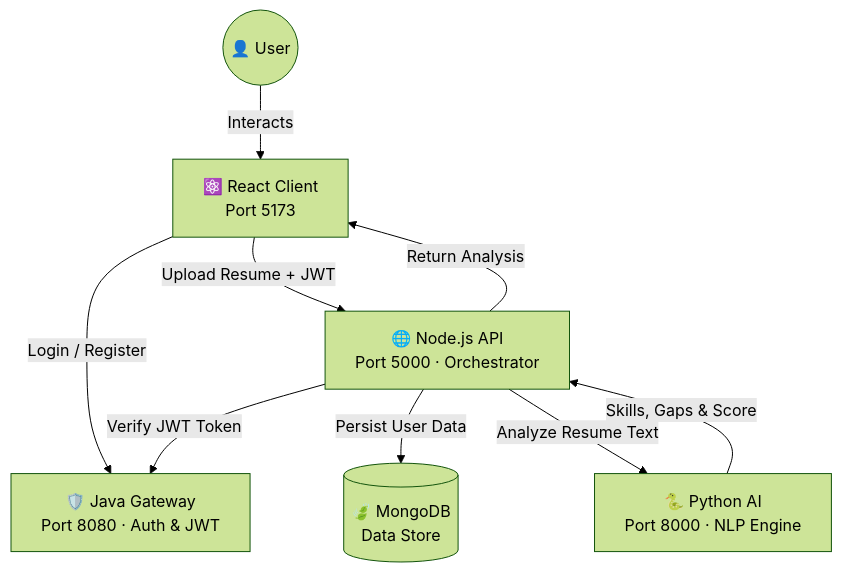
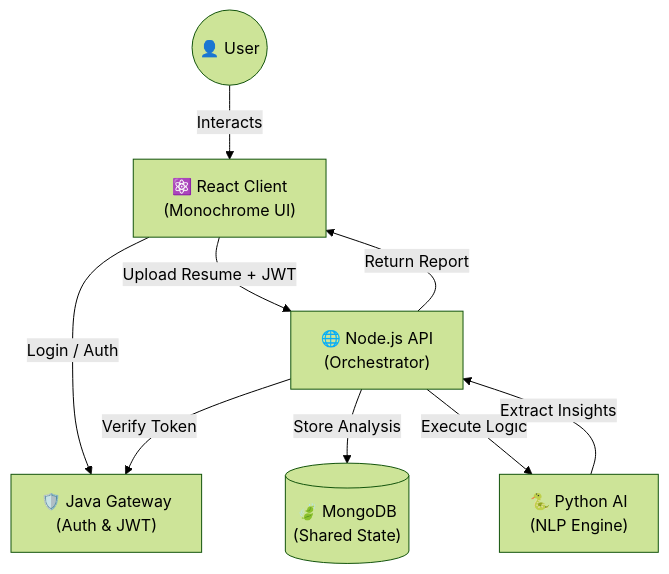
The diagram in README.md (kirtan597/Futrix-Ai), drawn with Mermaid (forest theme) before and after one commit. The commit also changed other lines of this file and 41 other files, not shown here.

Commit message:
feat: overhaul to monochrome SaaS aesthetic, 12-screen dashboard, and enhanced AI insights

````diff
--- a/README.md
+++ b/README.md
@@ -68,18 +53,18 @@
 ```mermaid
 graph TD
     User((👤 User))
-    Client["⚛️ React Client\nPort 5173"]
-    Gateway["🛡️ Java Gateway\nPort 8080 · Auth & JWT"]
-    NodeAPI["🌐 Node.js API\nPort 5000 · Orchestrator"]
-    PythonAI["🐍 Python AI\nPort 8000 · NLP Engine"]
-    DB[("🍃 MongoDB\nData Store")]
+    Client["⚛️ React Client\n(Monochrome UI)"]
+    Gateway["🛡️ Java Gateway\n(Auth & JWT)"]
+    NodeAPI["🌐 Node.js API\n(Orchestrator)"]
+    PythonAI["🐍 Python AI\n(NLP Engine)"]
+    DB[("🍃 MongoDB\n(Shared State)")]
 
     User -->|Interacts| Client
-    Client -->|Login / Register| Gateway
+    Client -->|Login / Auth| Gateway
     Client -->|Upload Resume + JWT| NodeAPI
-    NodeAPI -->|Verify JWT Token| Gateway
-    NodeAPI -->|Persist User Data| DB
-    NodeAPI -->|Analyze Resume Text| PythonAI
-    PythonAI -->|Skills, Gaps & Score| NodeAPI
-    NodeAPI -->|Return Analysis| Client
+    NodeAPI -->|Verify Token| Gateway
+    NodeAPI -->|Store Analysis| DB
+    NodeAPI -->|Execute Logic| PythonAI
+    PythonAI -->|Extract Insights| NodeAPI
+    NodeAPI -->|Return Report| Client
 ```
````
